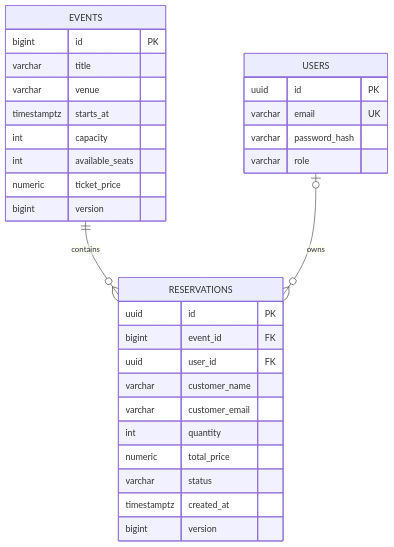
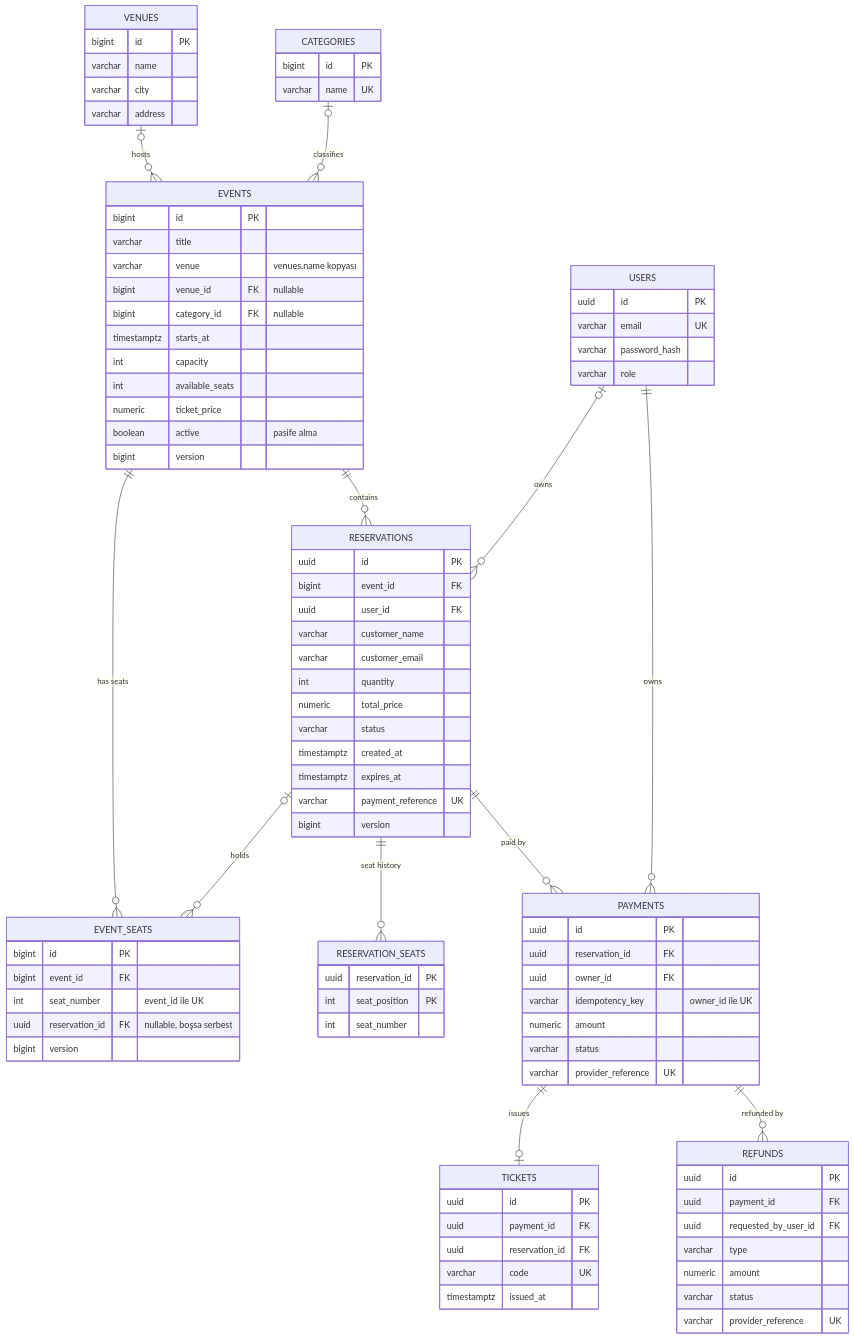
The second of 2 diagrams in docs/ARCHITECTURE.md (software-lecture-labs/ticket-reservation-system), drawn with Mermaid before and after one commit. The commit also changed other lines of this file, not shown here.

Commit message:
ER diyagramını güncel şemaya göre güncelle
venues, categories, event_seats, reservation_seats, payments, tickets ve refunds tabloları ile events.active eklendi; katalog notu yazıldı.

````diff
--- a/docs/ARCHITECTURE.md
+++ b/docs/ARCHITECTURE.md
@@ -47,7 +47,26 @@
 ```mermaid
 erDiagram
+  VENUES |o--o{ EVENTS : hosts
+  CATEGORIES |o--o{ EVENTS : classifies
   EVENTS ||--o{ RESERVATIONS : contains
+  EVENTS ||--o{ EVENT_SEATS : "has seats"
   USERS o|--o{ RESERVATIONS : owns
+  RESERVATIONS |o--o{ EVENT_SEATS : holds
+  RESERVATIONS ||--o{ RESERVATION_SEATS : "seat history"
+  RESERVATIONS ||--o{ PAYMENTS : "paid by"
+  USERS ||--o{ PAYMENTS : owns
+  PAYMENTS ||--o| TICKETS : issues
+  PAYMENTS ||--o{ REFUNDS : "refunded by"
+  VENUES {
+    bigint id PK
+    varchar name
+    varchar city
+    varchar address
+  }
+  CATEGORIES {
+    bigint id PK
+    varchar name UK
+  }
   USERS {
     uuid id PK
     varchar email UK
@@ -57,11 +76,21 @@
   EVENTS {
     bigint id PK
     varchar title
-    varchar venue
+    varchar venue "venues.name kopyası"
+    bigint venue_id FK "nullable"
+    bigint category_id FK "nullable"
     timestamptz starts_at
     int capacity
     int available_seats
     numeric ticket_price
+    boolean active "pasife alma"
+    bigint version
+  }
+  EVENT_SEATS {
+    bigint id PK
+    bigint event_id FK
+    int seat_number "event_id ile UK"
+    uuid reservation_id FK "nullable, boşsa serbest"
     bigint version
   }
   RESERVATIONS {
@@ -74,6 +103,38 @@
     numeric total_price
     varchar status
     timestamptz created_at
+    timestamptz expires_at
+    varchar payment_reference UK
     bigint version
   }
+  RESERVATION_SEATS {
+    uuid reservation_id PK
+    int seat_position PK
+    int seat_number
+  }
+  PAYMENTS {
+    uuid id PK
+    uuid reservation_id FK
+    uuid owner_id FK
+    varchar idempotency_key "owner_id ile UK"
+    numeric amount
+    varchar status
+    varchar provider_reference UK
+  }
+  TICKETS {
+    uuid id PK
+    uuid payment_id FK
+    uuid reservation_id FK
+    varchar code UK
+    timestamptz issued_at
+  }
+  REFUNDS {
+    uuid id PK
+    uuid payment_id FK
+    uuid requested_by_user_id FK
+    varchar type
+    numeric amount
+    varchar status
+    varchar provider_reference UK
+  }
 ```
````
